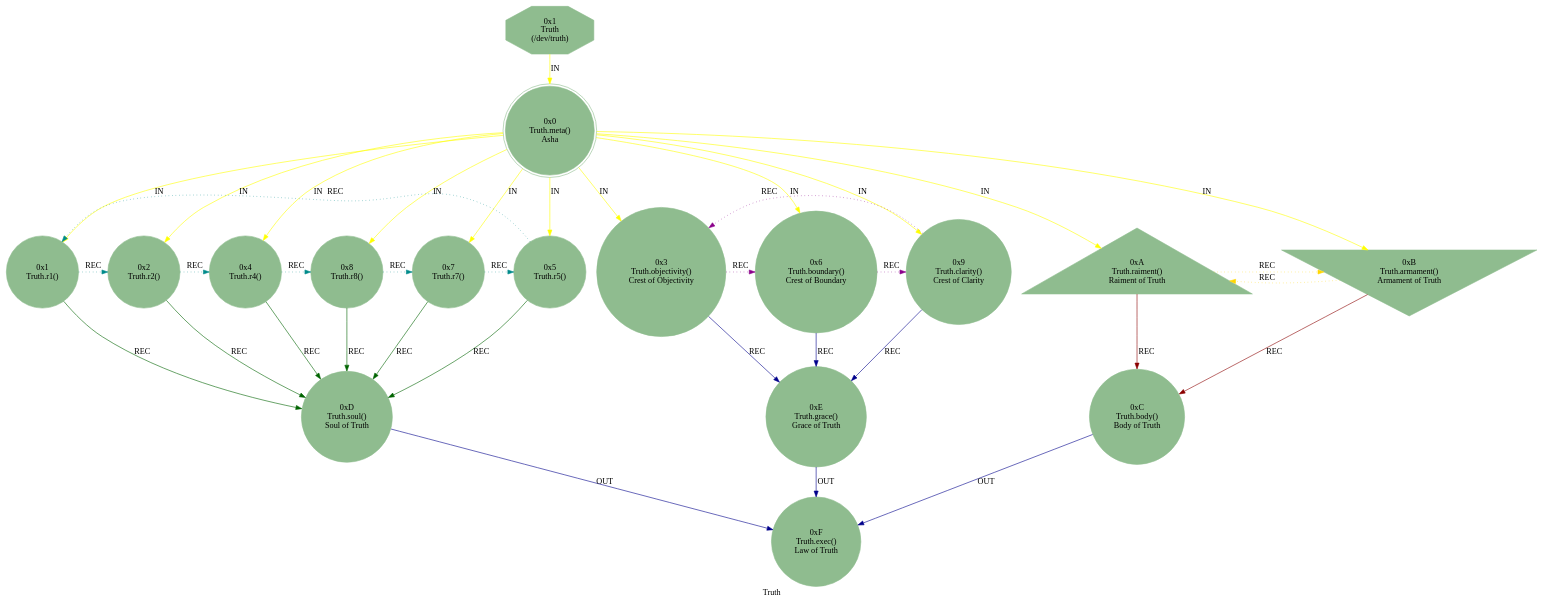
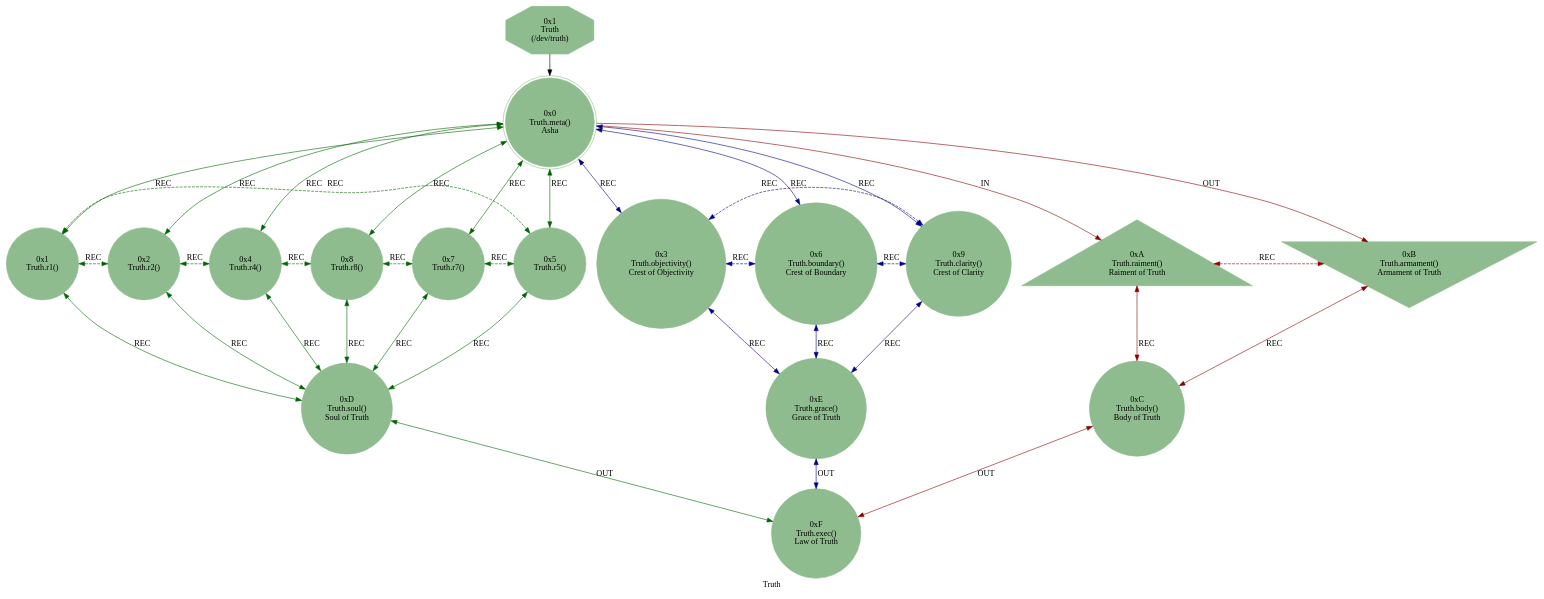
Before and after one commit to cilang/mythos: the diagram in src/core/mythos_dev_truth.dot, drawn with Graphviz. The commit also changed 23 other files, not shown here.

```diff
--- a/src/core/mythos_dev_truth.dot
+++ b/src/core/mythos_dev_truth.dot
@@ -1,42 +1,48 @@
 strict digraph TruthEngine {
     label = "Truth";
     style = filled;
     color = blue;
     comment = "";
     node [shape = polygon; sides = 8; style = filled; color = darkseagreen;];
     
     spark_1_mythos_t [label = "0x1\nTruth\n(/dev/truth)";];
     
     // r0::meta();r1,r2,r4,r8,r7,r5;r3,r6,r;ra::receive(),rb::send(),rc::dispatch(),rd::commit(),re::serve(),rf::exec()
-    spark_0_truth_t [label = "0x0\nTruth.meta()\nAsha";shape = doublecircle;comment = "";];
-    spark_1_truth_t [label = "0x1\nTruth.r1()\n";shape = circle;comment = "";];
-    spark_2_truth_t [label = "0x2\nTruth.r2()\n";shape = circle;comment = "";];
-    spark_4_truth_t [label = "0x4\nTruth.r4()\n";shape = circle;comment = "";];
-    spark_8_truth_t [label = "0x8\nTruth.r8()\n";shape = circle;comment = "";];
-    spark_7_truth_t [label = "0x7\nTruth.r7()\n";shape = circle;comment = "";];
-    spark_5_truth_t [label = "0x5\nTruth.r5()\n";shape = circle;comment = "";];
-    spark_3_truth_t [label = "0x3\nTruth.objectivity()\nCrest of Objectivity";shape = circle;comment = "";];
-    spark_6_truth_t [label = "0x6\nTruth.boundary()\nCrest of Boundary";shape = circle;comment = "";];
-    spark_9_truth_t [label = "0x9\nTruth.clarity()\nCrest of Clarity";shape = circle;comment = "";];
-    spark_a_truth_t [label = "0xA\nTruth.raiment()\nRaiment of Truth";shape = triangle;comment = "";];
-    spark_b_truth_t [label = "0xB\nTruth.armament()\nArmament of Truth";shape = invtriangle;comment = "";];
-    spark_c_truth_t [label = "0xC\nTruth.body()\nBody of Truth";shape = circle;comment = "";];
-    spark_d_truth_t [label = "0xD\nTruth.soul()\nSoul of Truth";shape = circle;comment = "";];
-    spark_e_truth_t [label = "0xE\nTruth.grace()\nGrace of Truth";shape = circle;comment = "";];
-    spark_f_truth_t [label = "0xF\nTruth.exec()\nLaw of Truth";shape = circle;comment = "";];
+    spark_0_truth_t [label = "0x0\nTruth.meta()\nAsha";comment = "";shape = doublecircle;];
+    spark_1_truth_t [label = "0x1\nTruth.r1()\n";comment = "";shape = circle;];
+    spark_2_truth_t [label = "0x2\nTruth.r2()\n";comment = "";shape = circle;];
+    spark_4_truth_t [label = "0x4\nTruth.r4()\n";comment = "";shape = circle;];
+    spark_8_truth_t [label = "0x8\nTruth.r8()\n";comment = "";shape = circle;];
+    spark_7_truth_t [label = "0x7\nTruth.r7()\n";comment = "";shape = circle;];
+    spark_5_truth_t [label = "0x5\nTruth.r5()\n";comment = "";shape = circle;];
+    spark_3_truth_t [label = "0x3\nTruth.objectivity()\nCrest of Objectivity";comment = "";shape = circle;];
+    spark_6_truth_t [label = "0x6\nTruth.boundary()\nCrest of Boundary";comment = "";shape = circle;];
+    spark_9_truth_t [label = "0x9\nTruth.clarity()\nCrest of Clarity";comment = "";shape = circle;];
+    spark_a_truth_t [label = "0xA\nTruth.raiment()\nRaiment of Truth";comment = "";shape = triangle;];
+    spark_b_truth_t [label = "0xB\nTruth.armament()\nArmament of Truth";comment = "";shape = invtriangle;];
+    spark_c_truth_t [label = "0xC\nTruth.body()\nBody of Truth";comment = "";shape = circle;];
+    spark_d_truth_t [label = "0xD\nTruth.soul()\nSoul of Truth";comment = "";shape = circle;];
+    spark_e_truth_t [label = "0xE\nTruth.grace()\nGrace of Truth";comment = "";shape = circle;];
+    spark_f_truth_t [label = "0xF\nTruth.exec()\nLaw of Truth";comment = "";shape = circle;];
     
     // IN = Input
     // OUT = Output
     // REC = Recursion
-    spark_1_mythos_t -> spark_0_truth_t -> {spark_a_truth_t spark_b_truth_t spark_1_truth_t spark_2_truth_t spark_3_truth_t spark_4_truth_t spark_5_truth_t spark_6_truth_t spark_7_truth_t spark_8_truth_t spark_9_truth_t} [label = "IN"; color = yellow; comment = "";];
+    spark_1_mythos_t -> spark_0_truth_t;
+    spark_0_truth_t -> spark_a_truth_t [label = "IN"; color = darkred; comment = "";];
+    spark_0_truth_t -> spark_b_truth_t [label = "OUT"; color = darkred; comment = "";];
+    spark_0_truth_t -> {spark_3_truth_t spark_6_truth_t spark_9_truth_t} [label = "REC"; color = darkblue; comment = ""; dir = both;];
+    spark_0_truth_t -> {spark_1_truth_t spark_2_truth_t spark_4_truth_t spark_8_truth_t spark_7_truth_t spark_5_truth_t} [label = "REC"; color = darkgreen; comment = ""; dir = both;];
     
-    {spark_a_truth_t spark_b_truth_t} -> spark_c_truth_t [label = "REC"; color = darkred; comment = "";];
-    {spark_1_truth_t spark_2_truth_t spark_4_truth_t spark_8_truth_t spark_7_truth_t spark_5_truth_t} -> spark_d_truth_t [label = "REC"; color = darkgreen; comment = "";];
-    {spark_3_truth_t spark_6_truth_t spark_9_truth_t} -> spark_e_truth_t [label = "REC"; color = darkblue; comment = "";];
+    {spark_a_truth_t spark_b_truth_t} -> spark_c_truth_t [label = "REC"; color = darkred; comment = ""; dir = both;];
+    {spark_1_truth_t spark_2_truth_t spark_4_truth_t spark_8_truth_t spark_7_truth_t spark_5_truth_t} -> spark_d_truth_t [label = "REC"; color = darkgreen; comment = ""; dir = both;];
+    {spark_3_truth_t spark_6_truth_t spark_9_truth_t} -> spark_e_truth_t [label = "REC"; color = darkblue; comment = ""; dir = both;];
     
-    spark_1_truth_t -> spark_2_truth_t -> spark_4_truth_t -> spark_8_truth_t -> spark_7_truth_t -> spark_5_truth_t -> spark_1_truth_t [label = "REC"; color = darkcyan; comment = ""; style = dotted; constraint = false;];
-    spark_3_truth_t -> spark_6_truth_t -> spark_9_truth_t -> spark_3_truth_t [label = "REC"; color = darkmagenta; comment = ""; style = dotted; constraint = false;];
-    spark_a_truth_t -> spark_b_truth_t -> spark_a_truth_t [label = "REC"; color = gold; comment = ""; style = dotted; constraint = false;];
+    spark_1_truth_t -> spark_2_truth_t -> spark_4_truth_t -> spark_8_truth_t -> spark_7_truth_t -> spark_5_truth_t -> spark_1_truth_t [label = "REC"; color = darkgreen; comment = ""; style = dashed; constraint = false; dir = both;];
+    spark_3_truth_t -> spark_6_truth_t -> spark_9_truth_t -> spark_3_truth_t [label = "REC"; color = darkblue; comment = ""; style = dashed; constraint = false; dir = both;];
+    spark_a_truth_t -> spark_b_truth_t [label = "REC"; color = darkred; comment = ""; constraint = false; style = dashed; dir = both;];
     
-    {spark_c_truth_t spark_d_truth_t spark_e_truth_t} -> spark_f_truth_t [label = "OUT"; color = darkblue; comment = "";];
+    spark_c_truth_t -> spark_f_truth_t [label = "OUT"; color = darkred; comment = ""; dir = both;];
+    spark_d_truth_t -> spark_f_truth_t [label = "OUT"; color = darkgreen; comment = ""; dir = both;];
+    spark_e_truth_t -> spark_f_truth_t [label = "OUT"; color = darkblue; comment = ""; dir = both;];
 }
```
